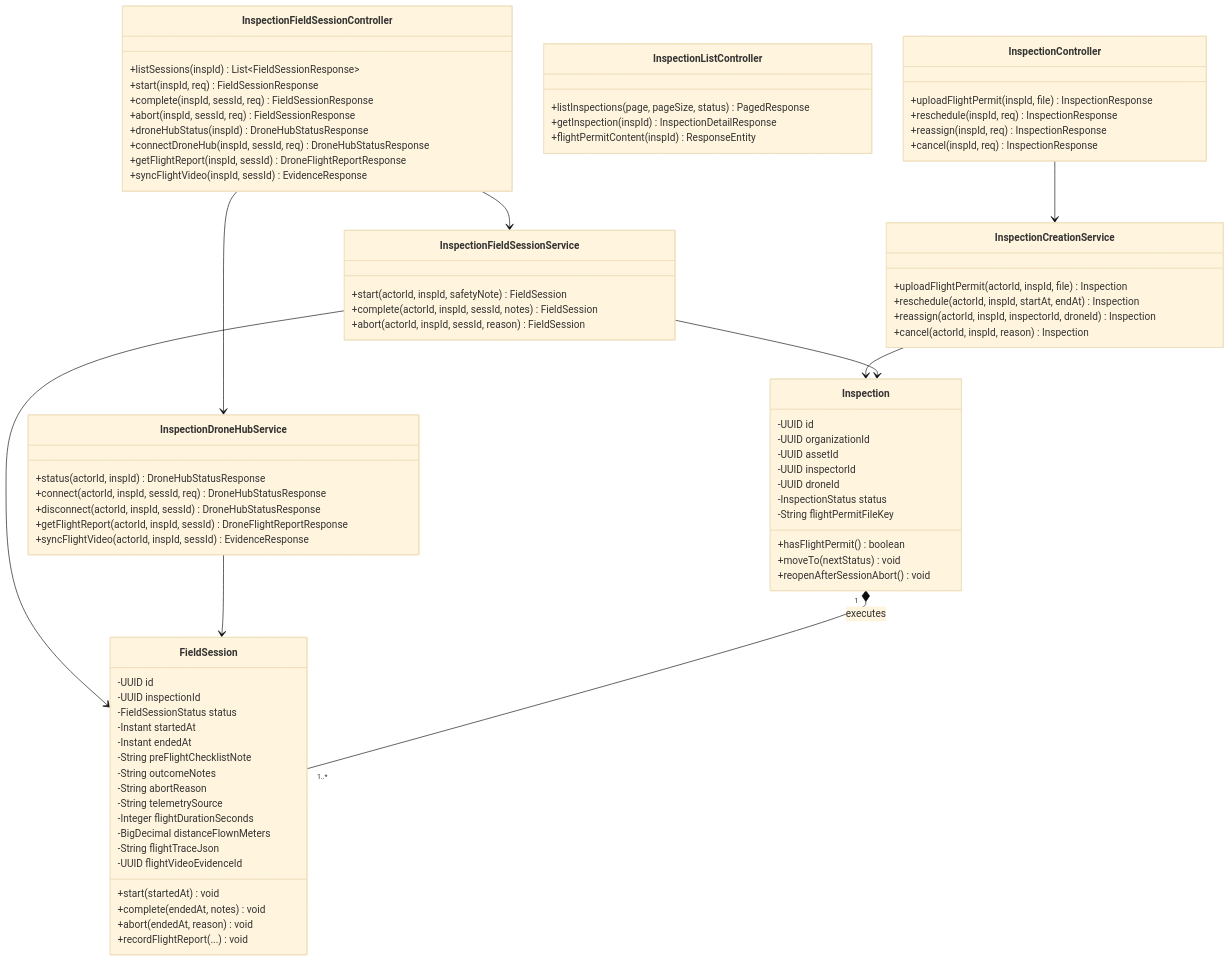
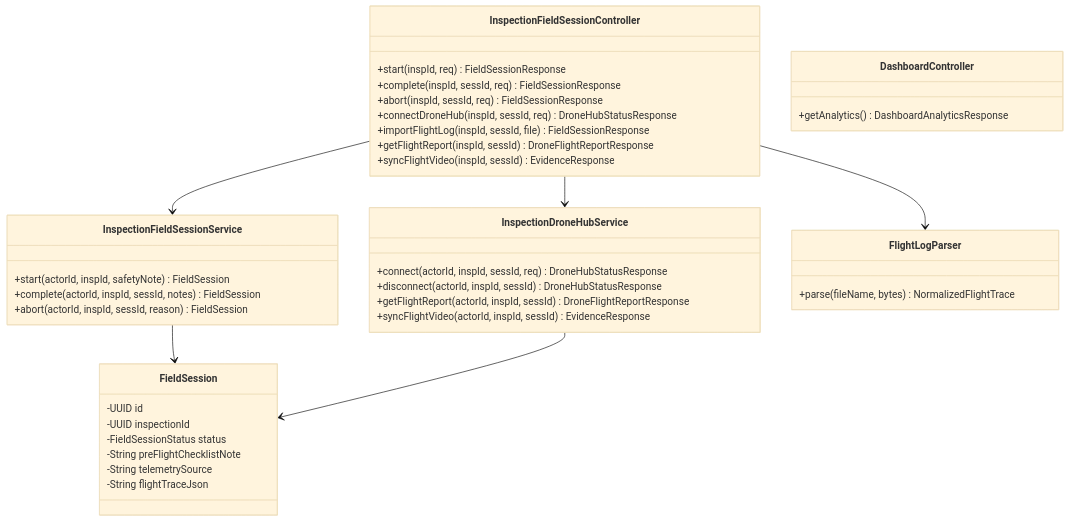
Diagram 12 of 22 in reports/report-4-software-design-document/03-detailed-design.md (tungbach12/SmartDroneInspection-Docs), drawn with Mermaid (base theme) before and after one commit. The commit also changed other lines of this file and 139 other files, not shown here.

Commit message:
docs(reports,diagrams): split 24-feature reports and reorganize type-specific draw.io diagrams

````diff
--- a/reports/report-4-software-design-document/03-detailed-design.md
+++ b/reports/report-4-software-design-document/03-detailed-design.md
@@ -675,82 +647,43 @@
 ```mermaid
-%% title: FE-05 Flight Permit Gate and Field Inspection Execution Class Diagram
+%% title: FE-14 Field Session Execution, SmartDroneHub Telemetry and Dashboards Class Diagram
 classDiagram
-  class InspectionController {
-    +uploadFlightPermit(inspId, file) InspectionResponse
-    +reschedule(inspId, req) InspectionResponse
-    +reassign(inspId, req) InspectionResponse
-    +cancel(inspId, req) InspectionResponse
-  }
-  class InspectionListController {
-    +listInspections(page, pageSize, status) PagedResponse
-    +getInspection(inspId) InspectionDetailResponse
-    +flightPermitContent(inspId) ResponseEntity
-  }
   class InspectionFieldSessionController {
-    +listSessions(inspId) List~FieldSessionResponse~
     +start(inspId, req) FieldSessionResponse
     +complete(inspId, sessId, req) FieldSessionResponse
     +abort(inspId, sessId, req) FieldSessionResponse
-    +droneHubStatus(inspId) DroneHubStatusResponse
     +connectDroneHub(inspId, sessId, req) DroneHubStatusResponse
+    +importFlightLog(inspId, sessId, file) FieldSessionResponse
     +getFlightReport(inspId, sessId) DroneFlightReportResponse
     +syncFlightVideo(inspId, sessId) EvidenceResponse
-  }
-  class InspectionCreationService {
-    +uploadFlightPermit(actorId, inspId, file) Inspection
-    +reschedule(actorId, inspId, startAt, endAt) Inspection
-    +reassign(actorId, inspId, inspectorId, droneId) Inspection
-    +cancel(actorId, inspId, reason) Inspection
   }
   class InspectionFieldSessionService {
     +start(actorId, inspId, safetyNote) FieldSession
     +complete(actorId, inspId, sessId, notes) FieldSession
     +abort(actorId, inspId, sessId, reason) FieldSession
   }
   class InspectionDroneHubService {
-    +status(actorId, inspId) DroneHubStatusResponse
     +connect(actorId, inspId, sessId, req) DroneHubStatusResponse
     +disconnect(actorId, inspId, sessId) DroneHubStatusResponse
     +getFlightReport(actorId, inspId, sessId) DroneFlightReportResponse
     +syncFlightVideo(actorId, inspId, sessId) EvidenceResponse
   }
-  class Inspection {
-    -UUID id
-    -UUID organizationId
-    -UUID assetId
-    -UUID inspectorId
-    -UUID droneId
-    -InspectionStatus status
-    -String flightPermitFileKey
-    +hasFlightPermit() boolean
-    +moveTo(nextStatus) void
-    +reopenAfterSessionAbort() void
+  class FlightLogParser {
+    +parse(fileName, bytes) NormalizedFlightTrace
+  }
+  class DashboardController {
+    +getAnalytics() DashboardAnalyticsResponse
   }
   class FieldSession {
     -UUID id
     -UUID inspectionId
     -FieldSessionStatus status
-    -Instant startedAt
-    -Instant endedAt
     -String preFlightChecklistNote
-    -String outcomeNotes
-    -String abortReason
     -String telemetrySource
-    -Integer flightDurationSeconds
-    -BigDecimal distanceFlownMeters
     -String flightTraceJson
-    -UUID flightVideoEvidenceId
-    +start(startedAt) void
-    +complete(endedAt, notes) void
-    +abort(endedAt, reason) void
-    +recordFlightReport(...) void
   }
-  InspectionController --> InspectionCreationService
   InspectionFieldSessionController --> InspectionFieldSessionService
   InspectionFieldSessionController --> InspectionDroneHubService
-  InspectionCreationService --> Inspection
-  InspectionFieldSessionService --> Inspection
+  InspectionFieldSessionController --> FlightLogParser
   InspectionFieldSessionService --> FieldSession
   InspectionDroneHubService --> FieldSession
-  Inspection "1" *-- "1..*" FieldSession : executes
 ```
````
